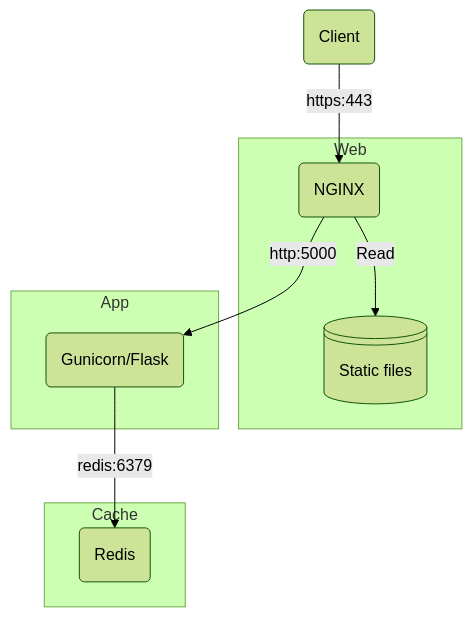
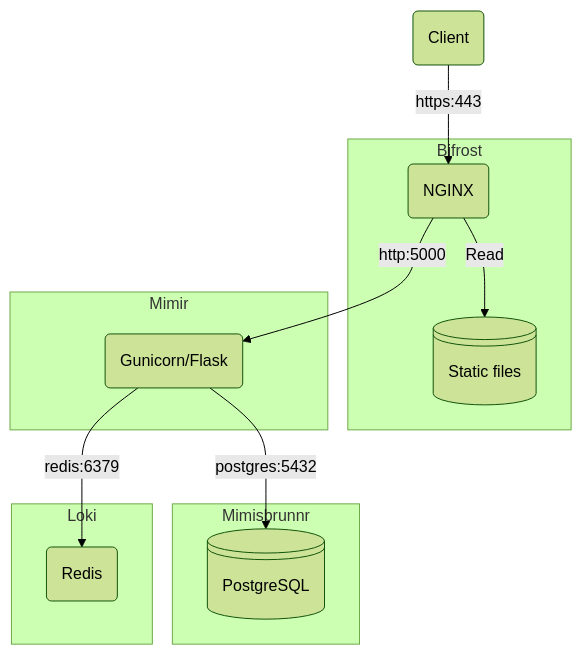
One commit to matthew-shaw/conflux changed the second of 2 diagrams in README.md. Above: the diagram before and after it, drawn with Mermaid (forest theme). The commit also changed other lines of this file, not shown here.

Commit message:
update diagrams

````diff
--- a/README.md
+++ b/README.md
@@ -90,23 +94,28 @@
 ```mermaid
 flowchart TB
     redis(Redis)
     client(Client)
     nginx(NGINX)
     flask(Gunicorn/Flask)
     static@{ shape: lin-cyl, label: "Static files" }
+    db@{ shape: lin-cyl, label: "PostgreSQL" }
 
-    client -- https:443 --> nginx -- http:5000 --> flask
+    client -- https:443 --> nginx -- http:5000 --> flask -- postgres:5432 --> db
     flask -- redis:6379 --> redis
 
-    subgraph Web
+    subgraph Bifrost
         nginx -- Read --> static
     end
 
-    subgraph App
+    subgraph Mimir
         flask
     end
 
-    subgraph Cache
+    subgraph Mimisbrunnr
+        db
+    end
+
+    subgraph Loki
         redis
     end
 ```
````
